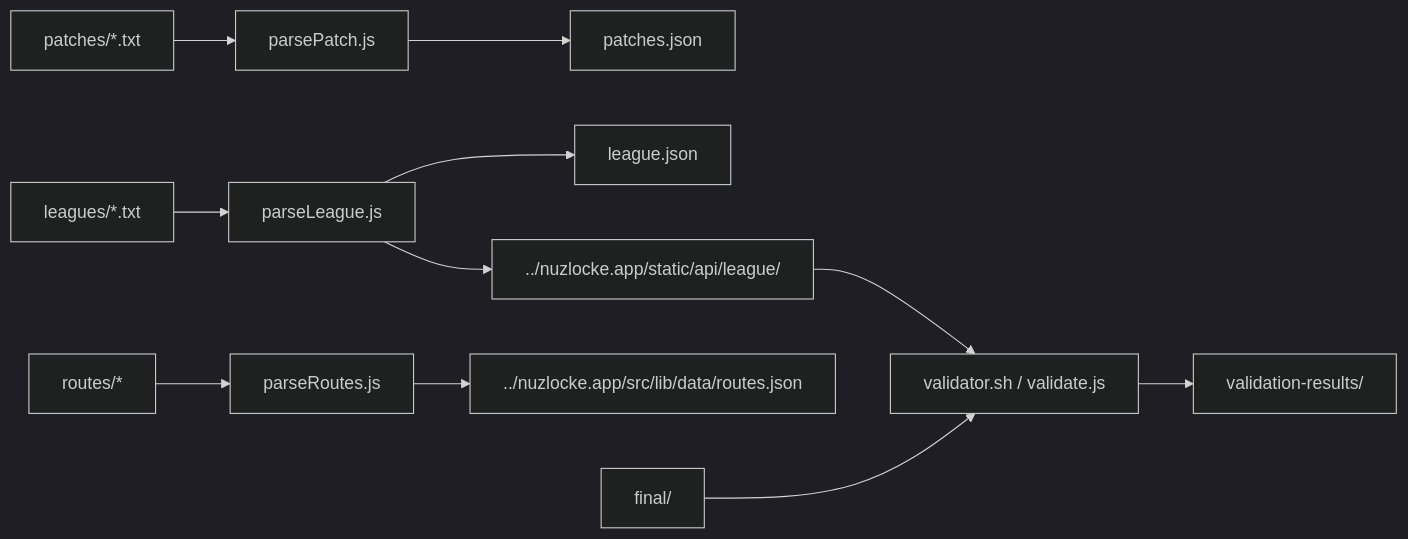
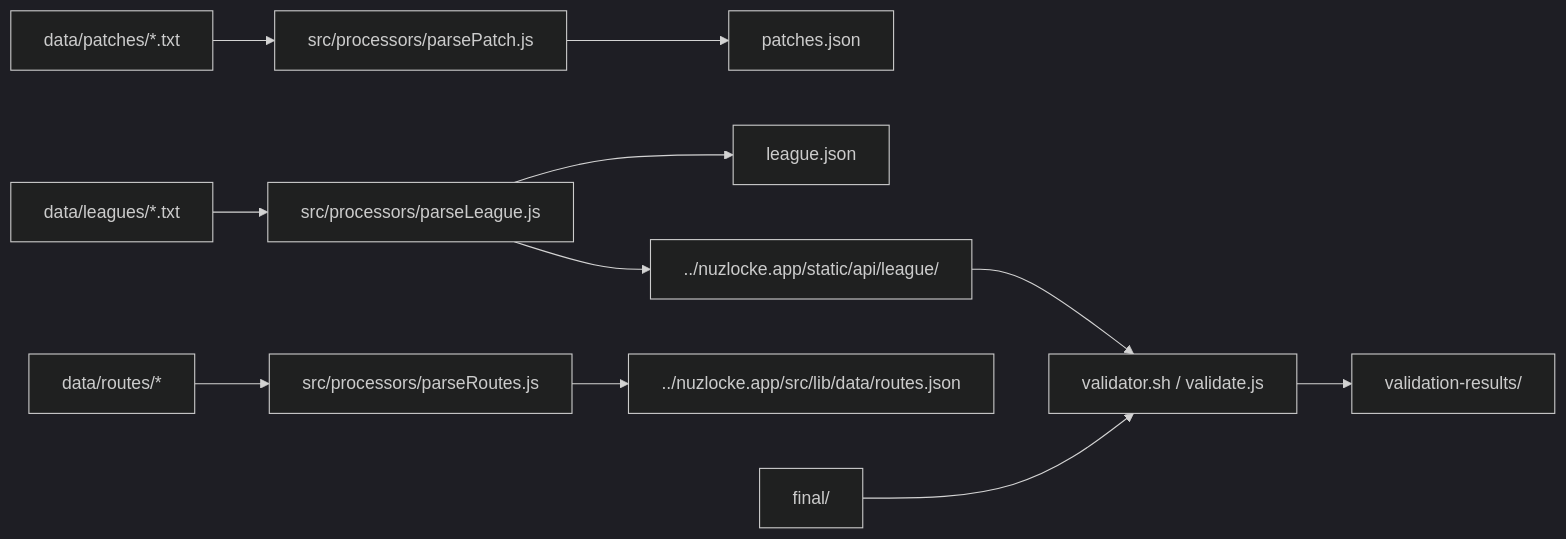
Before and after one commit to lucabello/nuzlocke.data: the diagram in NEW_README.md, drawn with Mermaid (dark theme). The commit also changed other lines of this file and 118 other files, not shown here.

````diff
--- a/NEW_README.md
+++ b/NEW_README.md
@@ -16,13 +16,13 @@
 ```mermaid
 flowchart LR
-  patches["patches/*.txt"] --> parsePatch["parsePatch.js"]
-  leagues["leagues/*.txt"] --> parseLeague["parseLeague.js"]
-  routes["routes/*"] --> parseRoutes["parseRoutes.js"]
+  patches["data/patches/*.txt"] --> parsePatch["src/processors/parsePatch.js"]
+  leagues["data/leagues/*.txt"] --> parseLeague["src/processors/parseLeague.js"]
+  routes["data/routes/*"] --> parseRoutes["src/processors/parseRoutes.js"]
   parsePatch --> patchesJSON["patches.json"]
   parseLeague --> leagueJSON["league.json"]
   parseLeague --> appLeague["../nuzlocke.app/static/api/league/"]
   parseRoutes --> appRoutes["../nuzlocke.app/src/lib/data/routes.json"]
   appLeague --> validator["validator.sh / validate.js"]
   final["final/"] --> validator
   validator --> validationResults["validation-results/"]
 ```
````
